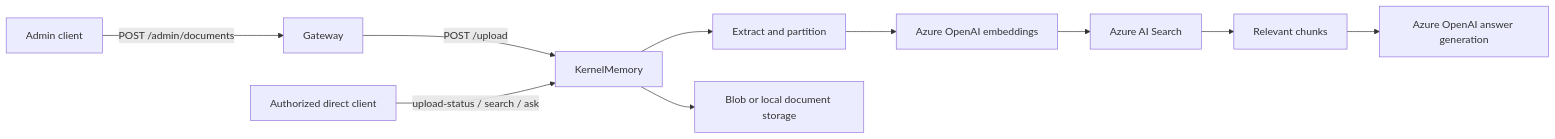
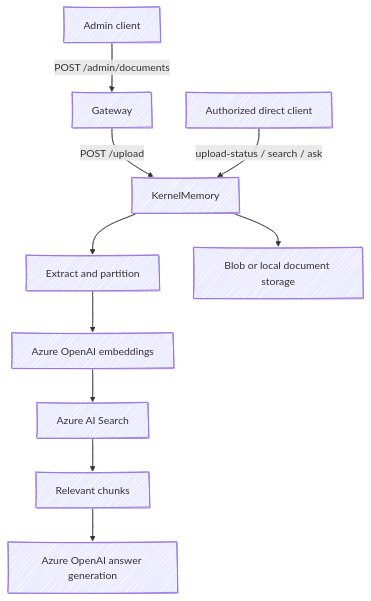
Before and after one commit to khuongpham1995/MyAIAgent: the third of 3 diagrams in docs/architecture.md, drawn with Mermaid. The commit also changed other lines of this file and 8 other files, not shown here.

````diff
--- a/docs/architecture.md
+++ b/docs/architecture.md
@@ -69,12 +84,18 @@
 ```mermaid
-flowchart LR
+---
+config:
+  look: handDrawn
+  handDrawnSeed: 42
+  fontFamily: 'Comic Sans MS, Comic Sans, cursive'
+---
+flowchart TB
     Admin[Admin client] -->|POST /admin/documents| G[Gateway]
     G -->|POST /upload| KM[KernelMemory]
     Direct[Authorized direct client] -->|upload-status / search / ask| KM
     KM --> Extract[Extract and partition]
     Extract --> Embed[Azure OpenAI embeddings]
     Embed --> Index[Azure AI Search]
     KM --> Store[Blob or local document storage]
     Index --> Retrieve[Relevant chunks]
     Retrieve --> Answer[Azure OpenAI answer generation]
 ```
````
